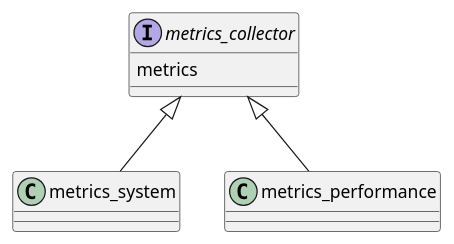
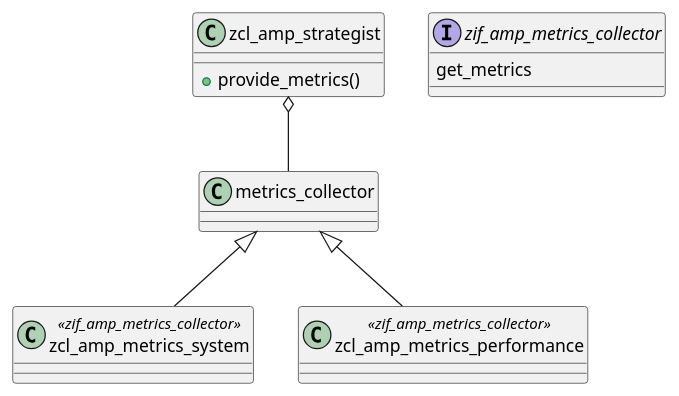
The diagram in architecture_class.plantuml (abap-observability-tools/abap-metrics-provider), drawn with PlantUML before and after one commit. The commit also changed 1 other file, not shown here.

Commit message:
README class architecture enhanced

```diff
--- a/architecture_class.plantuml
+++ b/architecture_class.plantuml
@@ -1,11 +1,19 @@
 @startuml architecture_class
-interface metrics_collector{
-  metrics
+
+class zcl_amp_strategist{
+  + provide_metrics()
 }
 
-class metrics_system
-class metrics_performance
+class zcl_amp_metrics_system <<zif_amp_metrics_collector>>
+class zcl_amp_metrics_performance <<zif_amp_metrics_collector>>
 
-metrics_collector <|-- metrics_system
-metrics_collector <|-- metrics_performance
+interface zif_amp_metrics_collector{
+  get_metrics
+}
+
+zcl_amp_strategist o-- metrics_collector
+
+metrics_collector <|-- zcl_amp_metrics_system
+metrics_collector <|-- zcl_amp_metrics_performance
+
 @enduml
```
